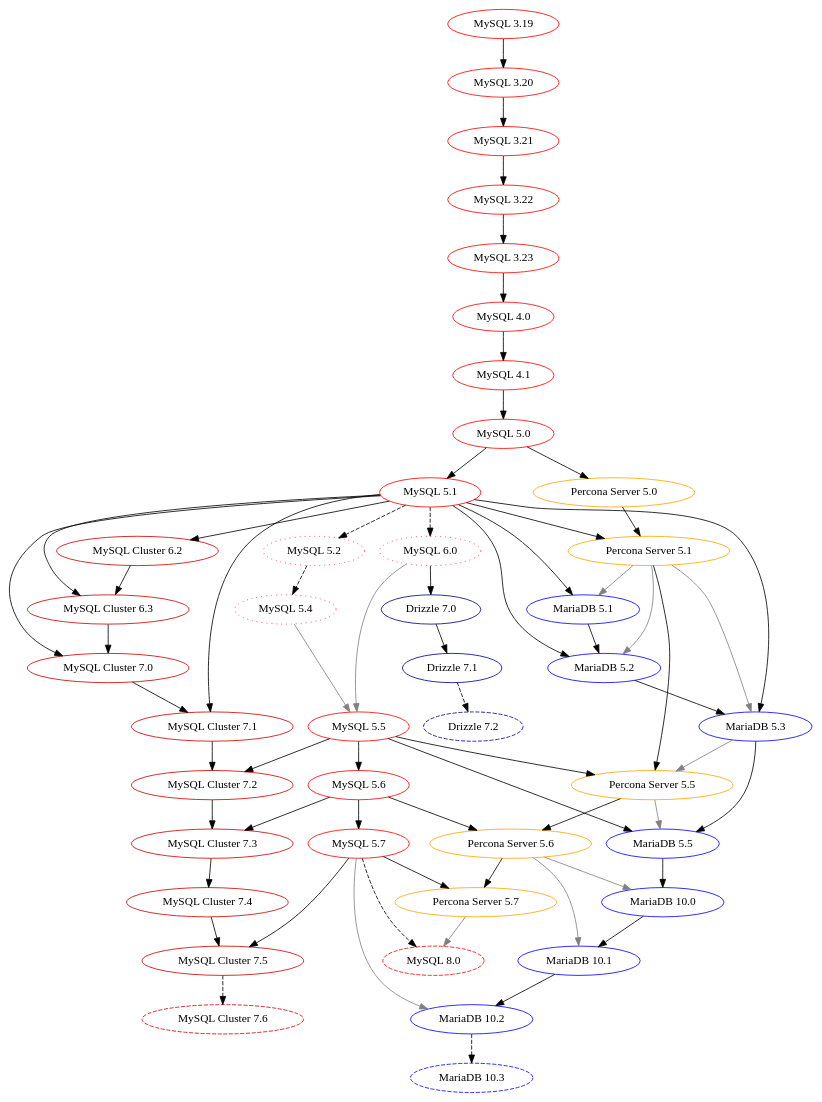
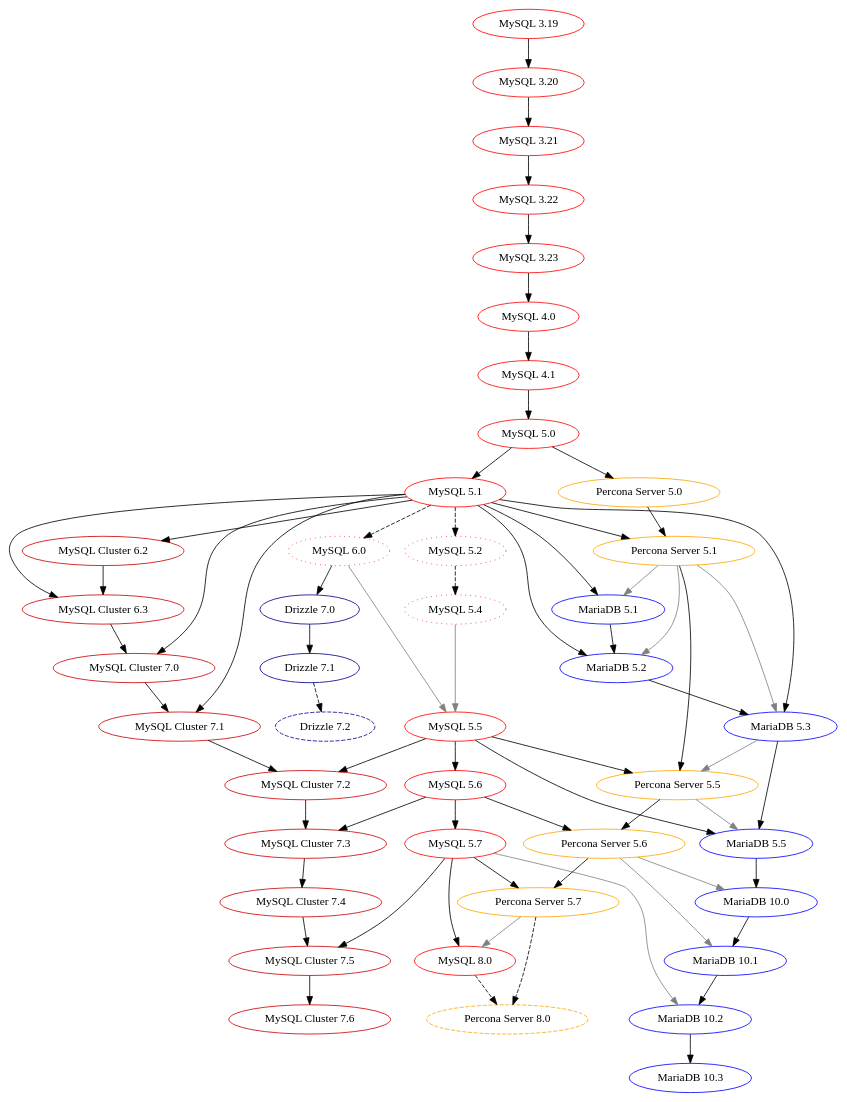
One commit to dveeden/mysql-history-graph changed the diagram in mysql-history-graph.dot. Above: the diagram before and after it, drawn with Graphviz. The commit also changed 2 other files, not shown here.

```diff
--- a/mysql-history-graph.dot
+++ b/mysql-history-graph.dot
@@ -1,130 +1,133 @@
 digraph mysql_history_graph {
 	/* Standards:
 	   Non-GA: 		dashed
 	   Abandoned: 		dotted 
 	   Oracle MySQL: 	red
 	   MySQL Cluster: 	red3
 	   MariaDB: 		blue
 	   Drizzle: 		blue4
 	   Percona Server: 	orange
 	*/
 
 	/* MySQL/Sun/Oracle MySQL GA */
 	"MySQL 3.19" [color="red"];
 	"MySQL 3.20" [color="red"];
 	"MySQL 3.21" [color="red"];
 	"MySQL 3.22" [color="red"];
 	"MySQL 3.23" [color="red"];
 	"MySQL 4.0" [color="red"];
 	"MySQL 4.1" [color="red"];
 	"MySQL 5.0" [color="red"];
 	"MySQL 5.1" [color="red"];
 	"MySQL 5.5" [color="red"];
 	"MySQL 5.6" [color="red"];
 	"MySQL 5.7" [color="red"];
+	"MySQL 8.0" [color="red"];
 	"MySQL 3.19" -> "MySQL 3.20";
 	"MySQL 3.20" -> "MySQL 3.21";
 	"MySQL 3.21" -> "MySQL 3.22";
 	"MySQL 3.22" -> "MySQL 3.23";
 	"MySQL 3.23" -> "MySQL 4.0";
 	"MySQL 4.0" -> "MySQL 4.1";
 	"MySQL 4.1" -> "MySQL 5.0";
 	"MySQL 5.0" -> "MySQL 5.1";
 	"MySQL 5.5" -> "MySQL 5.6";
 	"MySQL 5.6" -> "MySQL 5.7";
+	"MySQL 5.7" -> "MySQL 8.0";
 	"MySQL 5.4" -> "MySQL 5.5" [color="grey"]; // InnoDB Scalability
 	"MySQL 6.0" -> "MySQL 5.5" [color="grey"]; // Optimizer improvements
 
 	/* MySQL/Sun/Oracle non-GA */	
 	"MySQL 5.2" [color="red",style="dotted"];
 	"MySQL 5.4" [color="red",style="dotted"];
 	"MySQL 6.0" [color="red",style="dotted"];
-	"MySQL 8.0" [color="red",style="dashed"];
 	"MySQL 5.1" -> "MySQL 5.2" [style="dashed"];
 	"MySQL 5.1" -> "MySQL 6.0" [style="dashed"];
 	"MySQL 5.2" -> "MySQL 5.4" [style="dashed"];
-	"MySQL 5.7" -> "MySQL 8.0" [style="dashed"];
 
 	// Buffer pool mutex split patch, temp table replication improvements in RBR/MBR, numerous bugfixes
 	"Percona Server 5.7" -> "MySQL 8.0" [color="grey"];
 
 	/* MySQL Cluster (NDB) */
 	"MySQL Cluster 6.2" [color="red3"]
 	"MySQL Cluster 6.3" [color="red3"]
 	"MySQL Cluster 7.0" [color="red3"]
 	"MySQL Cluster 7.1" [color="red3"]
 	"MySQL Cluster 7.2" [color="red3"]
 	"MySQL Cluster 7.3"  [color="red3"]
 	"MySQL Cluster 7.4"  [color="red3"]
 	"MySQL Cluster 7.5"  [color="red3"]
-	"MySQL Cluster 7.6"  [color="red3",style="dashed"]
+	"MySQL Cluster 7.6"  [color="red3"]
 	"MySQL 5.1" -> "MySQL Cluster 6.2";
 	"MySQL 5.1" -> "MySQL Cluster 6.3";
 	"MySQL Cluster 6.2" -> "MySQL Cluster 6.3";
 	"MySQL 5.1" -> "MySQL Cluster 7.0";
 	"MySQL Cluster 6.3" -> "MySQL Cluster 7.0";
 	"MySQL 5.1" -> "MySQL Cluster 7.1";
 	"MySQL Cluster 7.0" -> "MySQL Cluster 7.1";
 	"MySQL 5.5" -> "MySQL Cluster 7.2";
 	"MySQL Cluster 7.1" -> "MySQL Cluster 7.2";
 	"MySQL 5.6" -> "MySQL Cluster 7.3";
 	"MySQL Cluster 7.2" -> "MySQL Cluster 7.3";
 	"MySQL Cluster 7.3" -> "MySQL Cluster 7.4";
 	"MySQL 5.7" -> "MySQL Cluster 7.5";
 	"MySQL Cluster 7.4" -> "MySQL Cluster 7.5";
-	"MySQL Cluster 7.5" -> "MySQL Cluster 7.6" [style="dashed"];
+	"MySQL Cluster 7.5" -> "MySQL Cluster 7.6";
 
 	/* MariaDB */
 	"MariaDB 5.1" [color="blue"];
 	"MariaDB 5.2" [color="blue"];
 	"MariaDB 5.3" [color="blue"];
 	"MariaDB 5.5" [color="blue"];
 	"MariaDB 10.0" [color="blue"];
 	"MariaDB 10.1" [color="blue"];
 	"MariaDB 10.2" [color="blue"];
-	"MariaDB 10.3" [color="blue",style="dashed"];
+	"MariaDB 10.3" [color="blue"];
 	"MySQL 5.1" -> "MariaDB 5.1";
 	"Percona Server 5.1" -> "MariaDB 5.1" [color="grey"]; // XtraDB
 	"MySQL 5.1" -> "MariaDB 5.2";
 	"MariaDB 5.1" -> "MariaDB 5.2";
 	"Percona Server 5.1" -> "MariaDB 5.2" [color="grey"]; // XtraDB
 	"MySQL 5.1" -> "MariaDB 5.3";
 	"MariaDB 5.2" -> "MariaDB 5.3";
 	"Percona Server 5.1" -> "MariaDB 5.3" [color="grey"]; // XtraDB
 	"MySQL 5.5" -> "MariaDB 5.5";
 	"MariaDB 5.3" -> "MariaDB 5.5";
 	"Percona Server 5.5" -> "MariaDB 5.5" [color="grey"]; // XtraDB
 	"MariaDB 5.5" -> "MariaDB 10.0";
 	"MariaDB 10.0" -> "MariaDB 10.1";
 	"Percona Server 5.6" -> "MariaDB 10.0" [color="grey"]; // XtraDB
 	"MariaDB 10.1" -> "MariaDB 10.2"; // InnoDB
 	"Percona Server 5.6" -> "MariaDB 10.1" [color="grey"]; // XtraDB
-	"MariaDB 10.2" -> "MariaDB 10.3" [style="dashed"];
+	"MariaDB 10.2" -> "MariaDB 10.3";
 	"MySQL 5.7" -> "MariaDB 10.2" [color="grey"]; // InnoDB
 
 
 	/* Percona Server */
 	"Percona Server 5.0" [color="orange"];
 	"Percona Server 5.1" [color="orange"];
 	"Percona Server 5.5" [color="orange"];
 	"Percona Server 5.6" [color="orange"];
 	"Percona Server 5.7" [color="orange"];
+	"Percona Server 8.0" [color="orange", style="dashed"];
 	"MySQL 5.0" -> "Percona Server 5.0";
 	"MySQL 5.1" -> "Percona Server 5.1";
 	"Percona Server 5.0" -> "Percona Server 5.1";
 	"MySQL 5.5" -> "Percona Server 5.5";
 	"Percona Server 5.1" -> "Percona Server 5.5";
 	"MariaDB 5.3" -> "Percona Server 5.5" [color="grey"]; // group commit
 	"MySQL 5.6" -> "Percona Server 5.6";
 	"Percona Server 5.5" -> "Percona Server 5.6";
 	"MySQL 5.7" -> "Percona Server 5.7";
 	"Percona Server 5.6" -> "Percona Server 5.7";
+	"Percona Server 5.7" -> "Percona Server 8.0" [style="dashed"];
+	"MySQL 8.0" -> "Percona Server 8.0" [style="dashed"];
 
 	/* Drizzle */
 	"Drizzle 7.0" [color="blue4"];
 	"Drizzle 7.1" [color="blue4"];
 	"Drizzle 7.2" [color="blue4", style="dashed"];
 	"MySQL 6.0" -> "Drizzle 7.0";
 	"Drizzle 7.0" -> "Drizzle 7.1";
 	"Drizzle 7.1" -> "Drizzle 7.2" [style="dashed"];
 }
```
